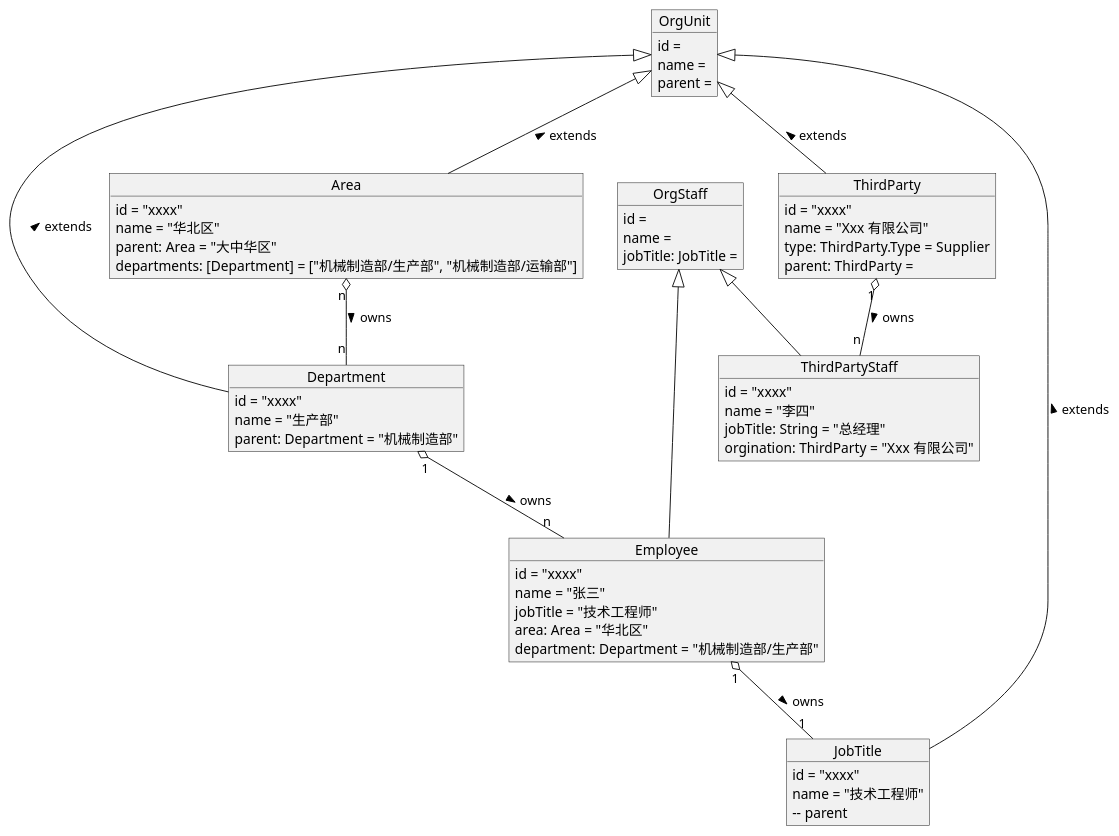
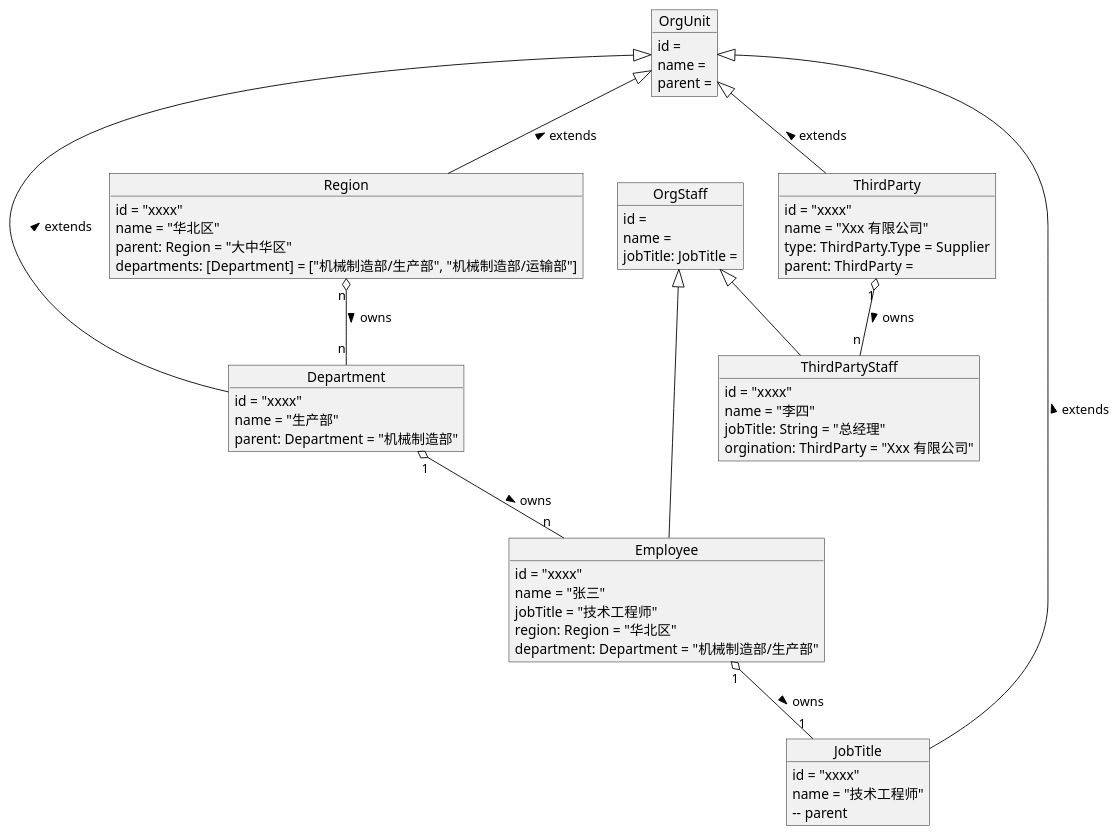
Before and after one commit to crazydan-studio/duzhou.crazydan.io: the diagram in docs/100.development/800.nop/800.demo/100.design.md, drawn with PlantUML. The commit also changed other lines of this file and 3 other files, not shown here.

````diff
--- a/docs/100.development/800.nop/800.demo/100.design.md
+++ b/docs/100.development/800.nop/800.demo/100.design.md
@@ -15,66 +15,66 @@
 ```plantuml
 object OrgUnit {
   id =
   name =
   parent =
 }
 object Department {
   id = "xxxx"
   name = "生产部"
   parent: Department = "机械制造部"
 }
-object Area {
+object Region {
   id = "xxxx"
   name = "华北区"
-  parent: Area = "大中华区"
+  parent: Region = "大中华区"
   departments: [Department] = ["机械制造部/生产部", "机械制造部/运输部"]
 }
 object JobTitle {
   id = "xxxx"
   name = "技术工程师"
   -- parent
 }
 object ThirdParty {
   id = "xxxx"
   name = "Xxx 有限公司"
   type: ThirdParty.Type = Supplier
   parent: ThirdParty =
 }
 object ThirdParty.Type {
   Supplier  // 供应商
   Partner   // 合作伙伴
   Customer  // 客户
   Stockholder // 股东
 }
-OrgUnit <|-- Area: < extends
+OrgUnit <|-- Region: < extends
 OrgUnit <|-- Department: < extends
 OrgUnit <|-- ThirdParty: < extends
 OrgUnit <|-- JobTitle: < extends
 
-Area "n" o-- "n" Department: > owns
+Region "n" o-- "n" Department: > owns
 
 object OrgStaff {
   id =
   name =
   jobTitle: JobTitle =
 }
 object Employee {
   id = "xxxx"
   name = "张三"
   jobTitle = "技术工程师"
-  area: Area = "华北区"
+  region: Region = "华北区"
   department: Department = "机械制造部/生产部"
 }
 object ThirdPartyStaff {
   id = "xxxx"
   name = "李四"
   jobTitle: String = "总经理"
   orgination: ThirdParty = "Xxx 有限公司"
 }
 OrgStaff <|-- Employee
 OrgStaff <|-- ThirdPartyStaff
 
 Department "1" o-- "n" Employee: > owns
 Employee "1" o-- "1" JobTitle: > owns
 ThirdParty "1" o-- "n" ThirdPartyStaff: > owns
 ```
````
